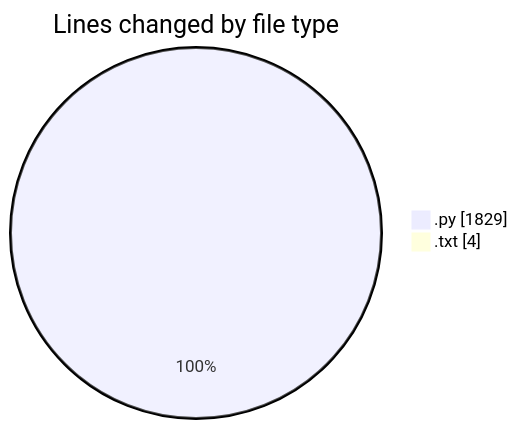
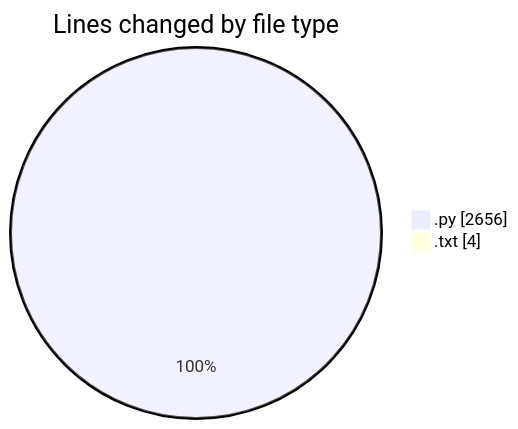
Before and after one commit to CELIANVF/code-tracking: the first of 2 diagrams in 2025-06-01/video_app/README.md, drawn with Mermaid. The commit also changed other lines of this file and 1 other file, not shown here.

````diff
--- a/2025-06-01/video_app/README.md
+++ b/2025-06-01/video_app/README.md
@@ -26,6 +28,6 @@
 ```mermaid
 pie showData
 title Lines changed by file type
-".py" : 1829
+".py" : 2656
 ".txt" : 4
 ```
````
